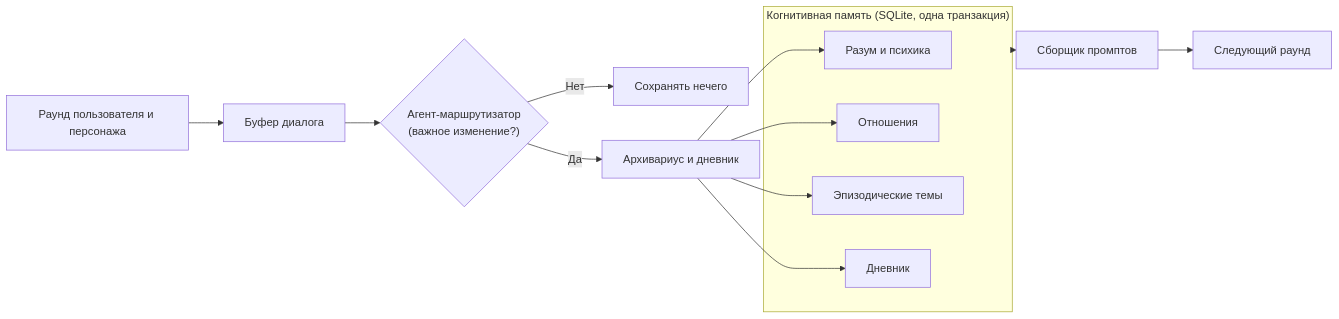
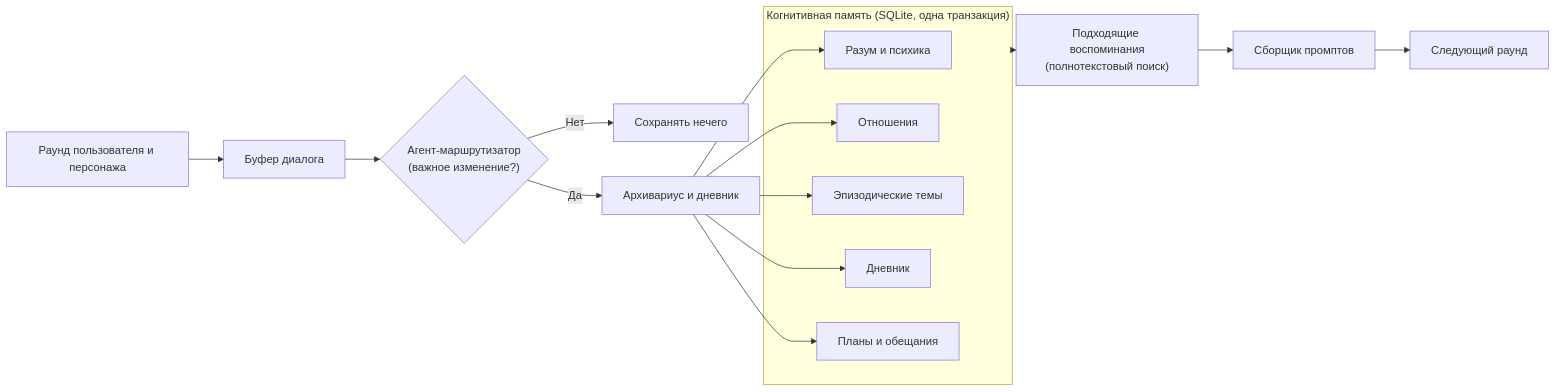
One commit to SnowwhiteOakheart/OtakuSoul changed the second of 2 diagrams in README.ru.md. Above: the diagram before and after it, drawn with Mermaid. The commit also changed other lines of this file and 2 other files, not shown here.

````diff
--- a/README.ru.md
+++ b/README.ru.md
@@ -227,15 +230,16 @@
 ```mermaid
 flowchart LR
     Turn["Раунд пользователя и персонажа"] --> Buffer["Буфер диалога"]
     Buffer --> Router{"Агент-маршрутизатор<br/>(важное изменение?)"}
     Router -->|Нет| Idle["Сохранять нечего"]
     Router -->|Да| Pipeline["Архивариус и дневник"]
     subgraph SQLiteMemory["Когнитивная память (SQLite, одна транзакция)"]
         Psyche["Разум и психика"]
         Rel["Отношения"]
         Episodes["Эпизодические темы"]
         Diary["Дневник"]
+        Plans["Планы и обещания"]
     end
-    Pipeline --> Psyche & Rel & Episodes & Diary
-    SQLiteMemory --> Prompt["Сборщик промптов"] --> Next["Следующий раунд"]
+    Pipeline --> Psyche & Rel & Episodes & Diary & Plans
+    SQLiteMemory --> Search["Подходящие воспоминания<br/>(полнотекстовый поиск)"] --> Prompt["Сборщик промптов"] --> Next["Следующий раунд"]
 ```
````
